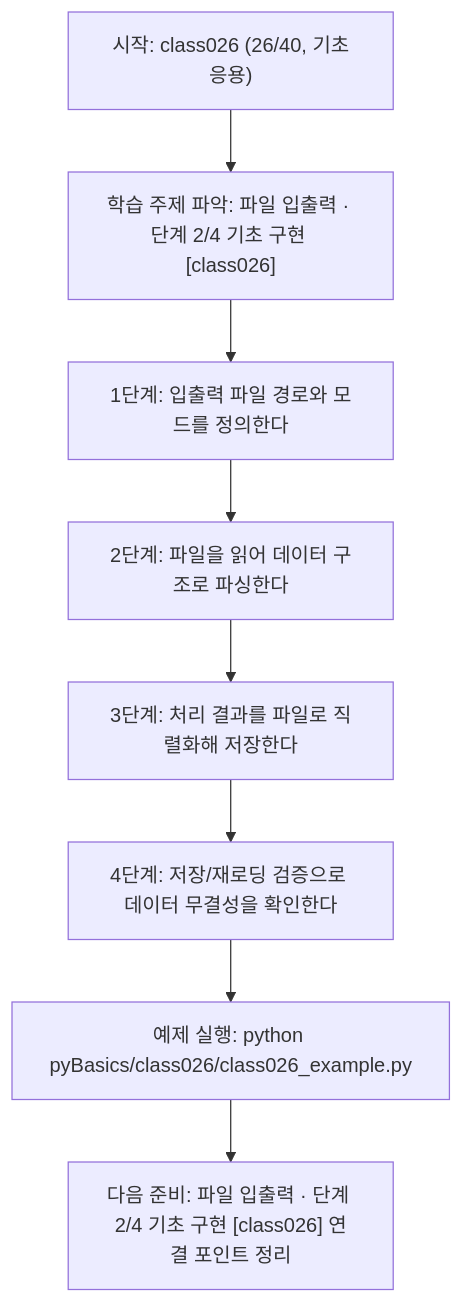
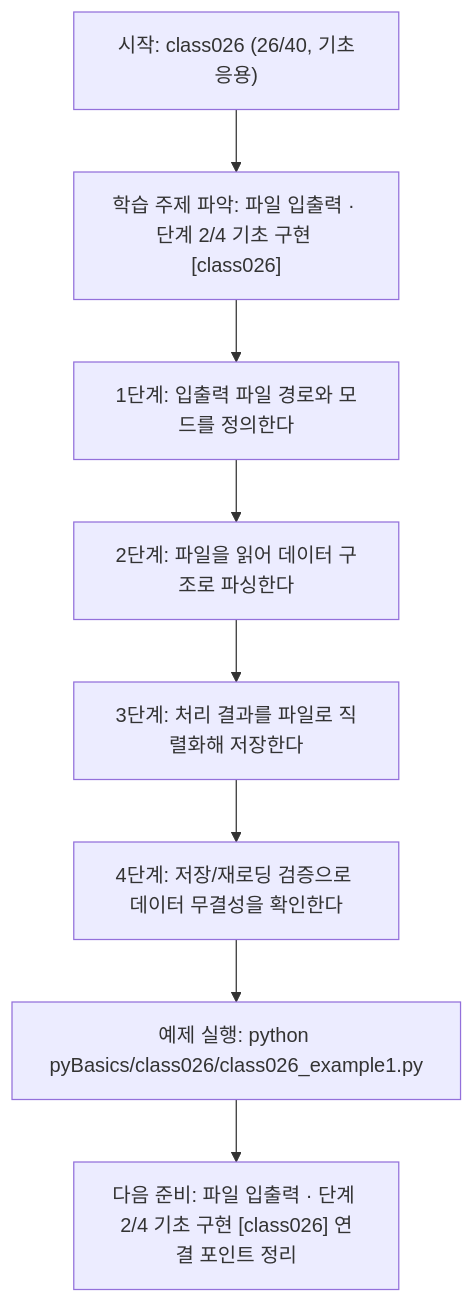
Before and after one commit to edumgt/Python-AI_Agent-Class: the diagram in pyBasics/class026/class026.md, drawn with Mermaid. The commit also changed other lines of this file and 2959 other files, not shown here.

````diff
--- a/pyBasics/class026/class026.md
+++ b/pyBasics/class026/class026.md
@@ -109,18 +109,18 @@
 ```mermaid
 flowchart TD
 N1["시작: class026 (26/40, 기초응용)"]
 N2["학습 주제 파악: 파일 입출력 · 단계 2/4 기초 구현 [class026]"]
 N3["1단계: 입출력 파일 경로와 모드를 정의한다"]
 N4["2단계: 파일을 읽어 데이터 구조로 파싱한다"]
 N5["3단계: 처리 결과를 파일로 직렬화해 저장한다"]
 N6["4단계: 저장/재로딩 검증으로 데이터 무결성을 확인한다"]
-N7["예제 실행: python pyBasics/class026/class026_example.py"]
+N7["예제 실행: python pyBasics/class026/class026_example1.py"]
 N8["다음 준비: 파일 입출력 · 단계 2/4 기초 구현 [class026] 연결 포인트 정리"]
 N1 --> N2
 N2 --> N3
 N3 --> N4
 N4 --> N5
 N5 --> N6
 N6 --> N7
 N7 --> N8
 ```
````
